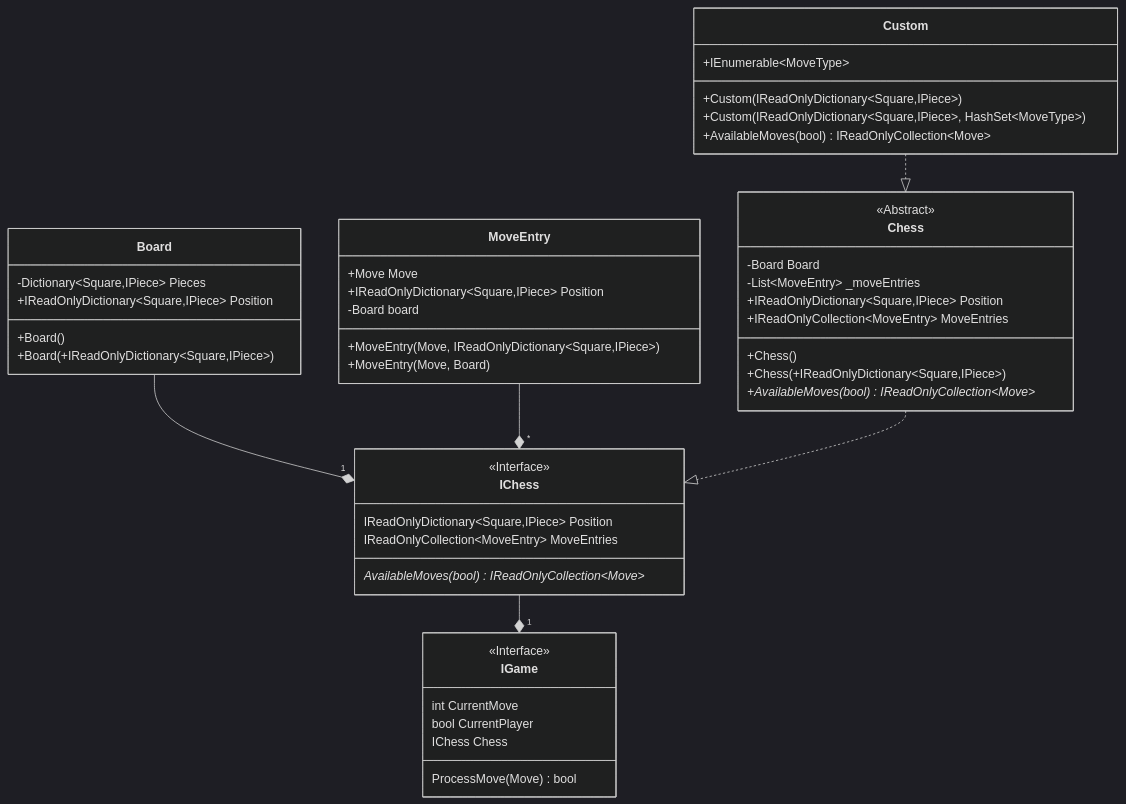
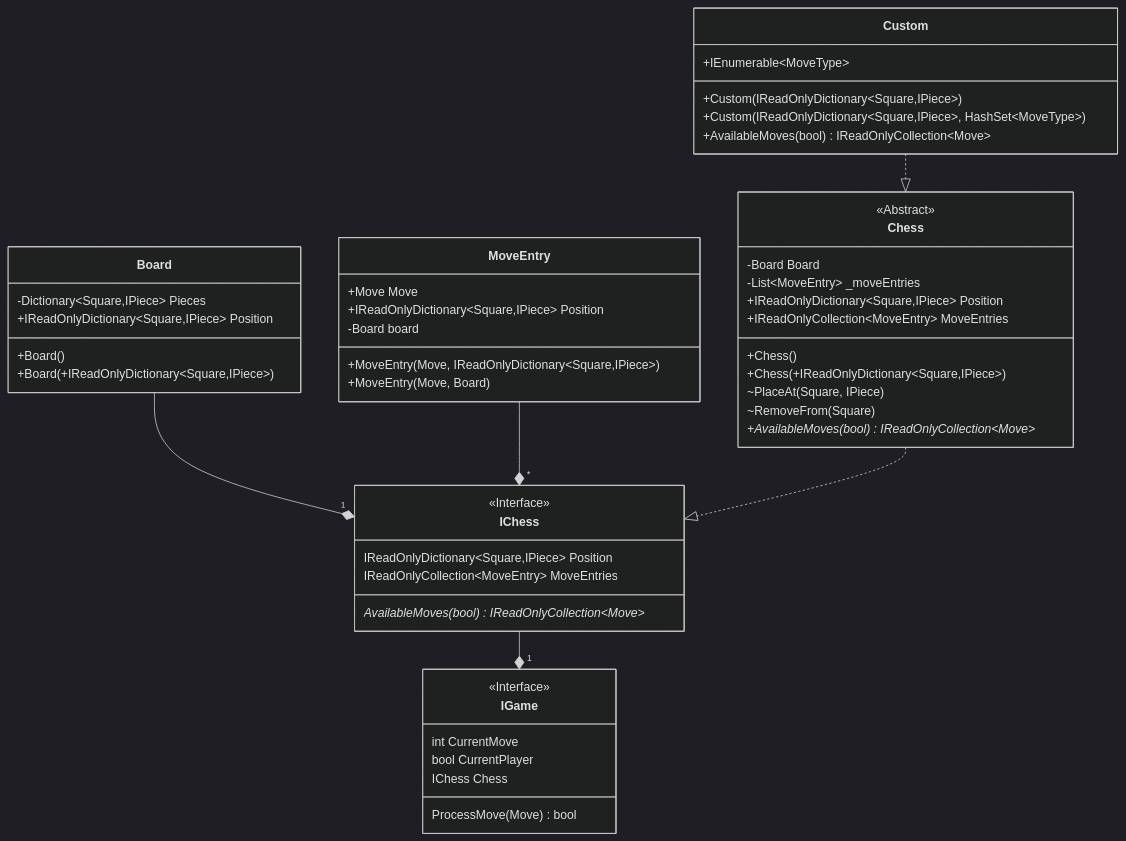
Before and after one commit to JeanLColombo/Mate: the diagram in UML Diagram/Core/Game.md, drawn with Mermaid (dark theme). The commit also changed 10 other files, not shown here.

````diff
--- a/UML Diagram/Core/Game.md
+++ b/UML Diagram/Core/Game.md
@@ -1,50 +1,52 @@
 ```mermaid
     classDiagram
     class IChess{
         <<Interface>>
         IReadOnlyDictionary~Square,IPiece~ Position
         IReadOnlyCollection~MoveEntry~ MoveEntries
         AvailableMoves(bool)* IReadOnlyCollection~Move~
     }
     class IGame{
         <<Interface>>
         int CurrentMove
         bool CurrentPlayer
         IChess Chess
         ProcessMove(Move) bool
     }
     class Chess{
         <<Abstract>>
         -Board Board
         -List~MoveEntry~ _moveEntries
         +IReadOnlyDictionary~Square,IPiece~ Position
         +IReadOnlyCollection~MoveEntry~ MoveEntries
         +Chess()
         +Chess(+IReadOnlyDictionary~Square,IPiece~)
+        ~PlaceAt(Square, IPiece) 
+        ~RemoveFrom(Square)
         +AvailableMoves(bool)* IReadOnlyCollection~Move~
     }
     class Board{
         -Dictionary~Square,IPiece~ Pieces
         +IReadOnlyDictionary~Square,IPiece~ Position 
         +Board()
         +Board(+IReadOnlyDictionary~Square,IPiece~)
     }
     class MoveEntry{
         +Move Move
         +IReadOnlyDictionary~Square,IPiece~ Position
         -Board board
         +MoveEntry(Move, IReadOnlyDictionary~Square,IPiece~)
         +MoveEntry(Move, Board)
     }
     class Custom{
         +IEnumerable~MoveType~
         +Custom(IReadOnlyDictionary~Square,IPiece~)
         +Custom(IReadOnlyDictionary~Square,IPiece~, HashSet~MoveType~)
         +AvailableMoves(bool) IReadOnlyCollection~Move~
     }
     Board --* "1" IChess
     MoveEntry --* "*" IChess
     Chess ..|> IChess
     IChess --* "1" IGame
     Custom ..|> Chess
 ```
````
